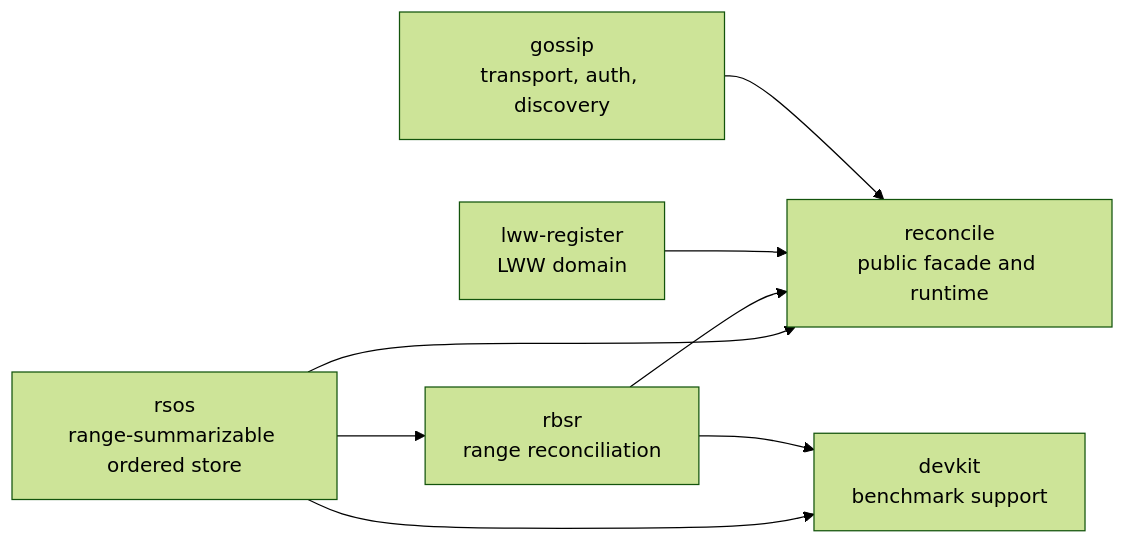
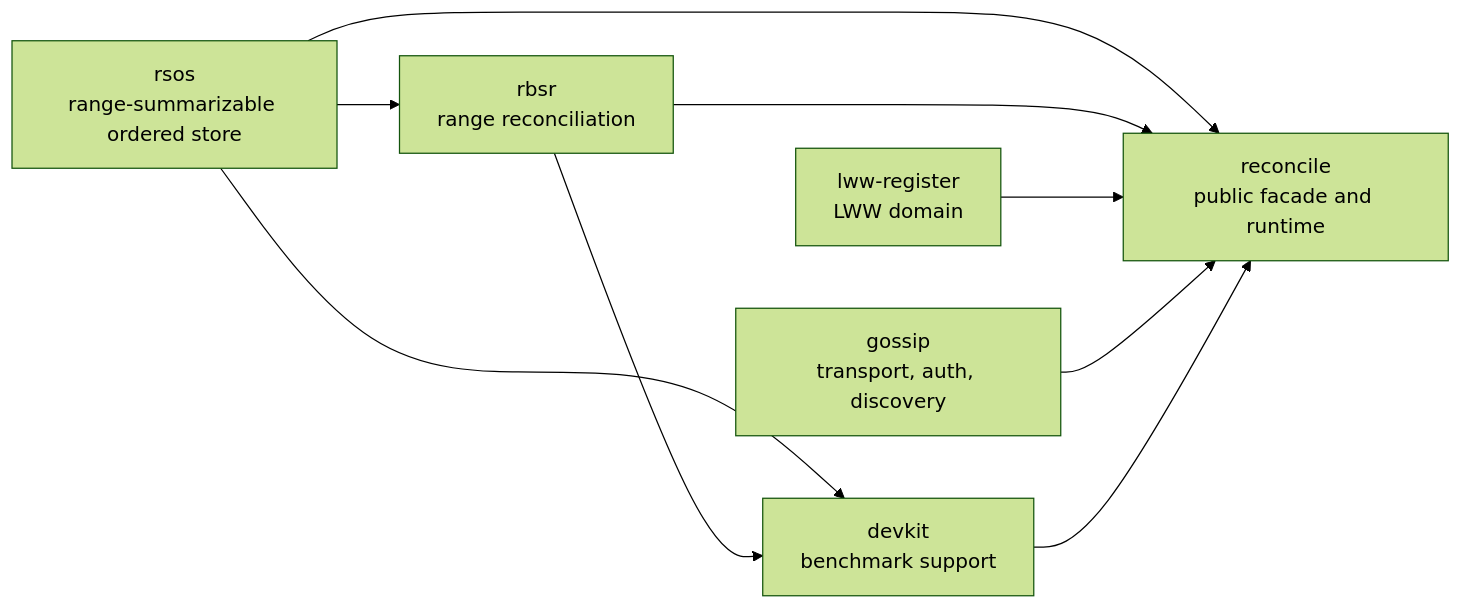
One commit to adriendellagaspera/reconcile-rs changed the diagram in ARCHITECTURE.md. Above: the diagram before and after it, drawn with Mermaid (forest theme). The commit also changed 2 other files, not shown here.

Commit message:
docs: restore code while cleaning comments

````diff
--- a/ARCHITECTURE.md
+++ b/ARCHITECTURE.md
@@ -20,17 +20,18 @@
 ```mermaid
 graph LR
     rsos["rsos\nrange-summarizable ordered store"]
     rbsr["rbsr\nrange reconciliation"]
     lww["lww-register\nLWW domain"]
     gossip["gossip\ntransport, auth, discovery"]
     reconcile["reconcile\npublic facade and runtime"]
     devkit["devkit\nbenchmark support"]
 
     rsos --> rbsr
     rsos --> reconcile
     rbsr --> reconcile
     lww --> reconcile
     gossip --> reconcile
     rsos --> devkit
     rbsr --> devkit
+    devkit --> reconcile
 ```
````
